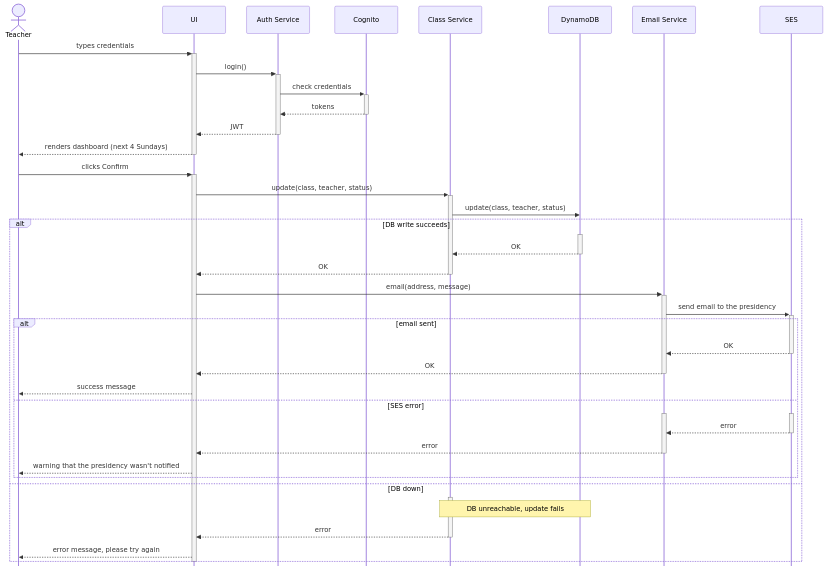
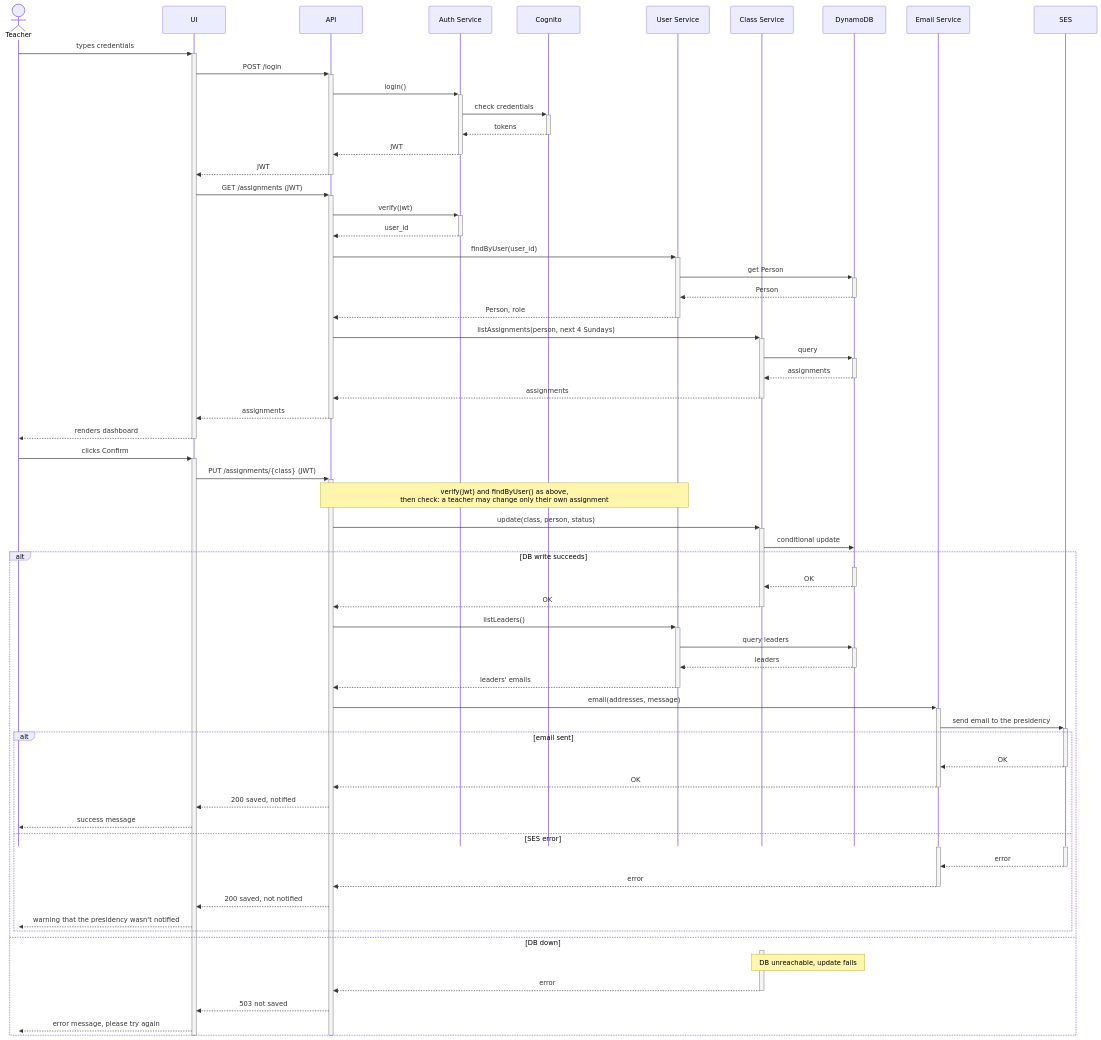
One commit to Sunday-School-Software/Sunday-School-Scheduler changed the third of 4 diagrams in docs/design.md. Above: the diagram before and after it, drawn with Mermaid. The commit also changed other lines of this file, not shown here.

````diff
--- a/docs/design.md
+++ b/docs/design.md
@@ -128,51 +150,77 @@
 ```mermaid
 ---
 config:
   sequence:
     mirrorActors: false
   themeCSS: "line[name='T'] { display: none; }"
 ---
 sequenceDiagram
     actor T as Teacher
     participant UI
+    participant API
     participant Auth as Auth Service
     participant Cognito
+    participant User as User Service
     participant Class as Class Service
     participant DB as DynamoDB
     participant Email as Email Service
     participant SES
 
     T->>+UI: types credentials
-    UI->>+Auth: login()
+    UI->>+API: POST /login
+    API->>+Auth: login()
     Auth->>+Cognito: check credentials
     Cognito-->>-Auth: tokens
-    Auth-->>-UI: JWT
-    UI-->>-T: renders dashboard (next 4 Sundays)
+    Auth-->>-API: JWT
+    API-->>-UI: JWT
+    UI->>+API: GET /assignments (JWT)
+    API->>+Auth: verify(jwt)
+    Auth-->>-API: user_id
+    API->>+User: findByUser(user_id)
+    User->>+DB: get Person
+    DB-->>-User: Person
+    User-->>-API: Person, role
+    API->>+Class: listAssignments(person, next 4 Sundays)
+    Class->>+DB: query
+    DB-->>-Class: assignments
+    Class-->>-API: assignments
+    API-->>-UI: assignments
+    UI-->>-T: renders dashboard
     T->>+UI: clicks Confirm
-    UI->>+Class: update(class, teacher, status)
-    Class->>DB: update(class, teacher, status)
+    UI->>+API: PUT /assignments/{class} (JWT)
+    Note over API,User: verify(jwt) and findByUser() as above,<br/>then check: a teacher may change only their own assignment
+    API->>+Class: update(class, person, status)
+    Class->>DB: conditional update
     alt DB write succeeds
         activate DB
         DB-->>-Class: OK
-        Class-->>-UI: OK
-        UI->>+Email: email(address, message)
+        Class-->>-API: OK
+        API->>+User: listLeaders()
+        User->>+DB: query leaders
+        DB-->>-User: leaders
+        User-->>-API: leaders' emails
+        API->>+Email: email(addresses, message)
         Email->>+SES: send email to the presidency
         alt email sent
             SES-->>-Email: OK
-            Email-->>-UI: OK
+            Email-->>-API: OK
+            API-->>UI: 200 saved, notified
             UI-->>T: success message
         else SES error
             activate SES
             activate Email
             SES-->>-Email: error
-            Email-->>-UI: error
+            Email-->>-API: error
+            API-->>UI: 200 saved, not notified
             UI-->>T: warning that the presidency wasn't notified
         end
     else DB down
         activate Class
         Note over Class,DB: DB unreachable, update fails
-        Class-->>-UI: error
+        Class-->>-API: error
+        API-->>UI: 503 not saved
         UI-->>T: error message, please try again
     end
+    deactivate API
     deactivate UI
 ```
````
